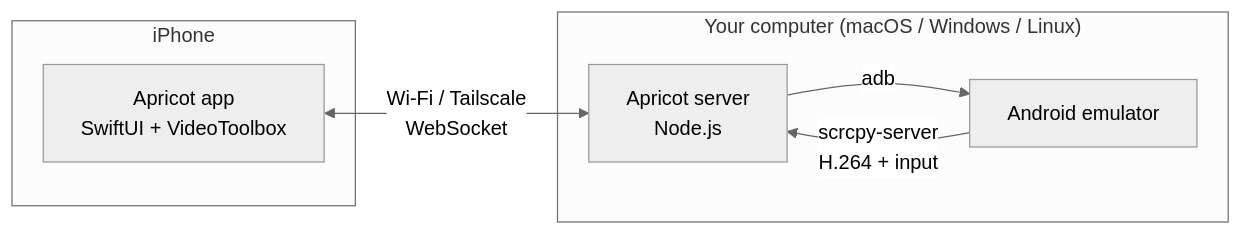
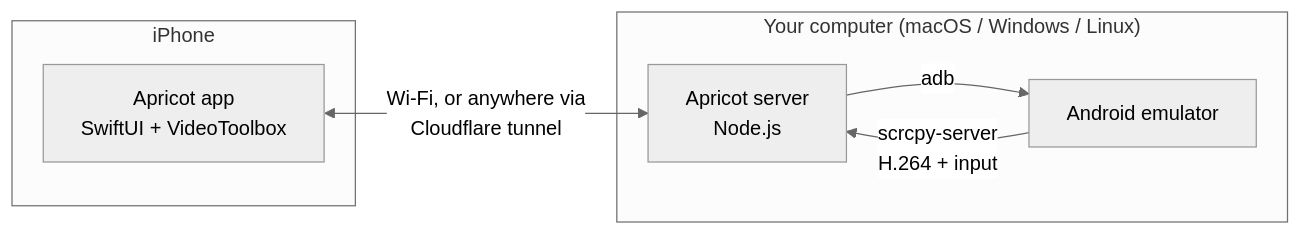
Before and after one commit to jabbab-cs/apricot: the diagram in README.md, drawn with Mermaid (neutral theme). The commit also changed other lines of this file and 43 other files, not shown here.

````diff
--- a/README.md
+++ b/README.md
@@ -30,11 +34,11 @@
 ```mermaid
 flowchart LR
     subgraph iPhone
       A[Apricot app<br/>SwiftUI + VideoToolbox]
     end
     subgraph Computer["Your computer (macOS / Windows / Linux)"]
       S[Apricot server<br/>Node.js] -- adb --> E[Android emulator]
       E -- scrcpy-server<br/>H.264 + input --> S
     end
-    A <-- "Wi-Fi / Tailscale<br/>WebSocket" --> S
+    A <-- "Wi-Fi, or anywhere via<br/>Cloudflare tunnel" --> S
 ```
````
